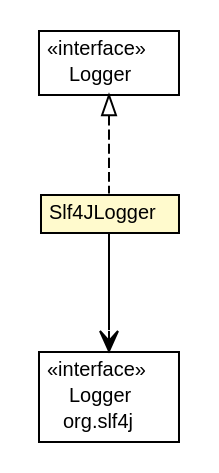
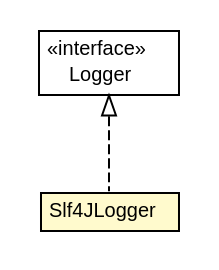
Before and after one commit to dayatang/dddlib: the diagram in dddlib-utils/apidocs/org/dayatang/utils/Slf4JLogger.dot, drawn with Graphviz. The commit also changed 246 other files, not shown here.

```diff
--- a/dddlib-utils/apidocs/org/dayatang/utils/Slf4JLogger.dot
+++ b/dddlib-utils/apidocs/org/dayatang/utils/Slf4JLogger.dot
@@ -1,37 +1,27 @@
 #!/usr/local/bin/dot
 #
 # Class diagram 
 # Generated by UMLGraph version R5_6_6-8-g8d7759 (http://www.umlgraph.org/)
 #
 
 digraph G {
 	edge [fontname="Helvetica",fontsize=10,labelfontname="Helvetica",labelfontsize=10];
 	node [fontname="Helvetica",fontsize=10,shape=plaintext];
 	nodesep=0.25;
 	ranksep=0.5;
 	// org.dayatang.utils.Slf4JLogger
-	c255 [label=<<table title="org.dayatang.utils.Slf4JLogger" border="0" cellborder="1" cellspacing="0" cellpadding="2" port="p" bgcolor="lemonChiffon" href="./Slf4JLogger.html">
+	c228 [label=<<table title="org.dayatang.utils.Slf4JLogger" border="0" cellborder="1" cellspacing="0" cellpadding="2" port="p" bgcolor="lemonChiffon" href="./Slf4JLogger.html">
 		<tr><td><table border="0" cellspacing="0" cellpadding="1">
 <tr><td align="center" balign="center"> Slf4JLogger </td></tr>
 		</table></td></tr>
 		</table>>, URL="./Slf4JLogger.html", fontname="Helvetica", fontcolor="black", fontsize=10.0];
 	// org.dayatang.utils.Logger
-	c259 [label=<<table title="org.dayatang.utils.Logger" border="0" cellborder="1" cellspacing="0" cellpadding="2" port="p" href="./Logger.html">
+	c232 [label=<<table title="org.dayatang.utils.Logger" border="0" cellborder="1" cellspacing="0" cellpadding="2" port="p" href="./Logger.html">
 		<tr><td><table border="0" cellspacing="0" cellpadding="1">
 <tr><td align="center" balign="center"> &#171;interface&#187; </td></tr>
 <tr><td align="center" balign="center"> Logger </td></tr>
 		</table></td></tr>
 		</table>>, URL="./Logger.html", fontname="Helvetica", fontcolor="black", fontsize=10.0];
 	//org.dayatang.utils.Slf4JLogger implements org.dayatang.utils.Logger
-	c259:p -> c255:p [dir=back,arrowtail=empty,style=dashed];
-	// org.dayatang.utils.Slf4JLogger NAVASSOC org.slf4j.Logger
-	c255:p -> c269:p [taillabel="", label=" "headlabel="", fontname="Helvetica", fontcolor="black", fontsize=10.0, color="black", arrowhead=open];
-	// org.slf4j.Logger
-	c269 [label=<<table title="org.slf4j.Logger" border="0" cellborder="1" cellspacing="0" cellpadding="2" port="p" href="http://java.sun.com/j2se/1.4.2/docs/api/org/slf4j/Logger.html">
-		<tr><td><table border="0" cellspacing="0" cellpadding="1">
-<tr><td align="center" balign="center"> &#171;interface&#187; </td></tr>
-<tr><td align="center" balign="center"> Logger </td></tr>
-<tr><td align="center" balign="center"> org.slf4j </td></tr>
-		</table></td></tr>
-		</table>>, URL="http://java.sun.com/j2se/1.4.2/docs/api/org/slf4j/Logger.html", fontname="Helvetica", fontcolor="black", fontsize=10.0];
+	c232:p -> c228:p [dir=back,arrowtail=empty,style=dashed];
 }
```
